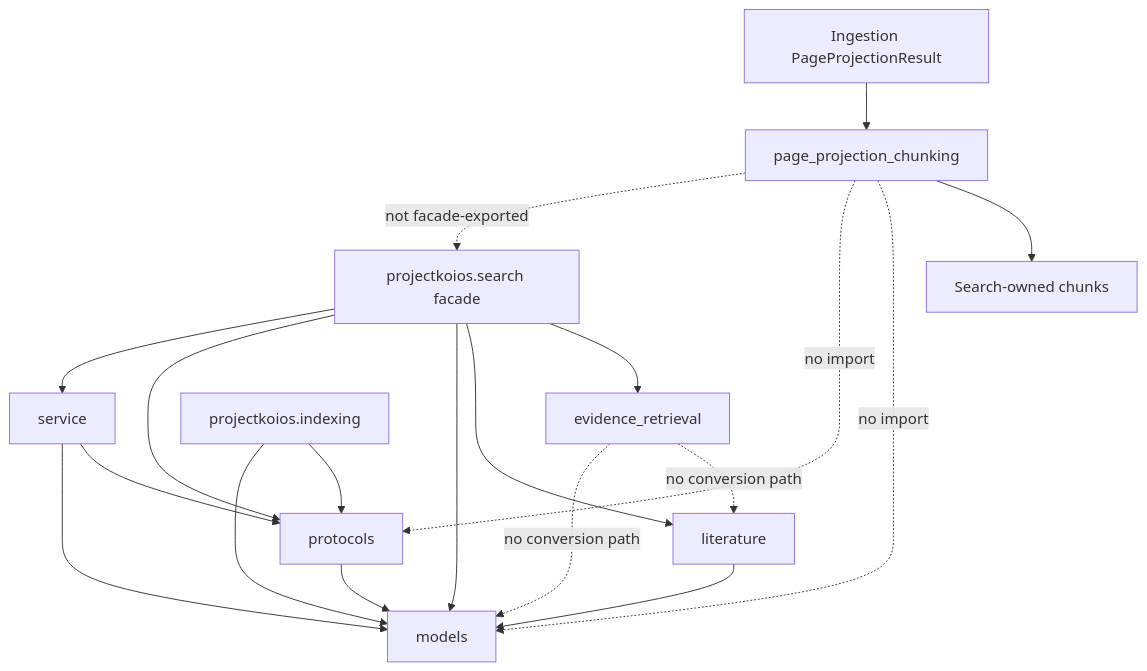
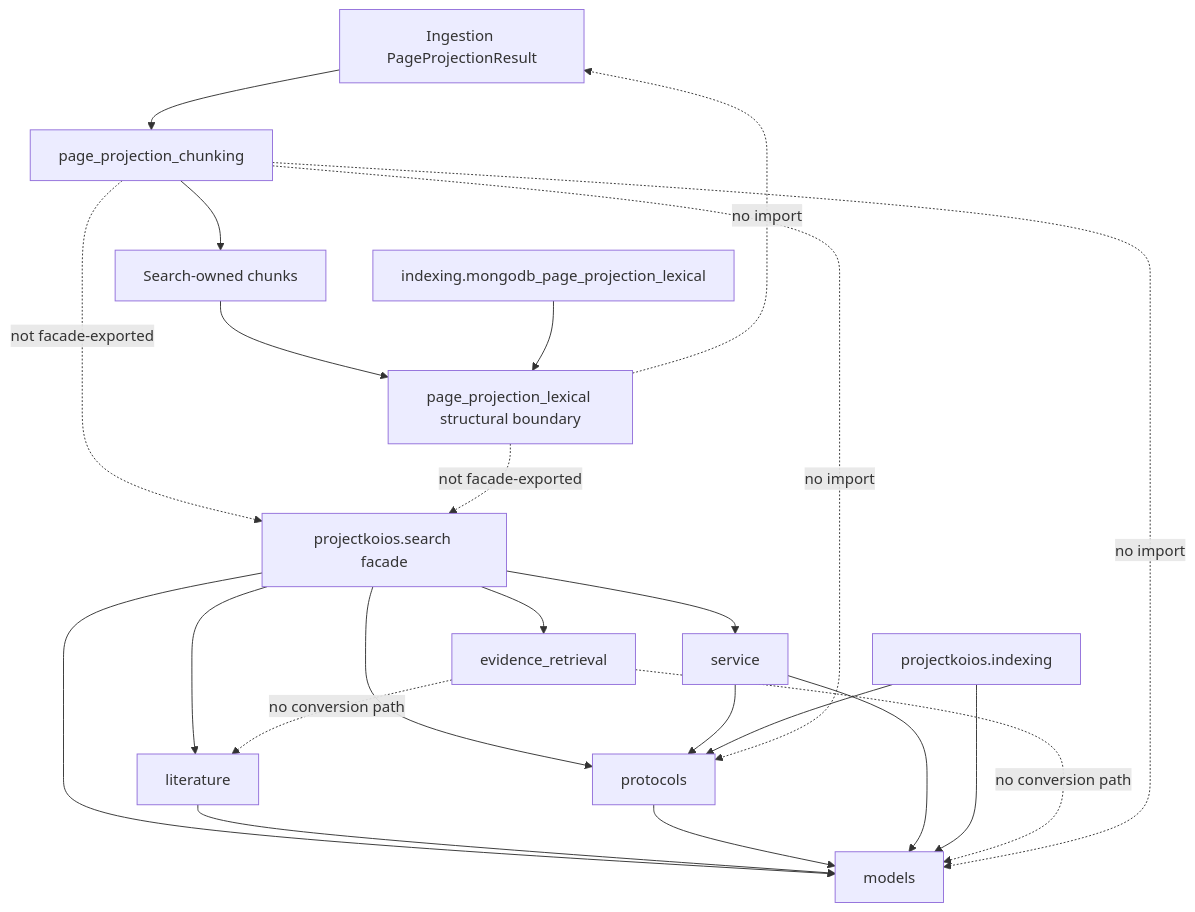
The diagram in docs/architecture/projectkoios/search/schematic.md (eragasa/projectkoios-search), drawn with Mermaid before and after one commit. The commit also changed 42 other files, not shown here.

Commit message:
Implement Mongo page-projection lexical index

````diff
--- a/docs/architecture/projectkoios/search/schematic.md
+++ b/docs/architecture/projectkoios/search/schematic.md
@@ -3,21 +3,25 @@
 ```mermaid
 flowchart TB
     Ingestion["Ingestion PageProjectionResult"] --> Chunking["page_projection_chunking"]
     Chunking --> SearchChunks["Search-owned chunks"]
+    SearchChunks --> Lexical["page_projection_lexical structural boundary"]
     Facade["projectkoios.search facade"] --> Evidence["evidence_retrieval"]
     Facade --> Literature["literature"]
     Facade --> Models["models"]
     Facade --> Protocols["protocols"]
     Facade --> Service["service"]
     Literature --> Models
     Protocols --> Models
     Service --> Protocols
     Service --> Models
     Indexing["projectkoios.indexing"] --> Protocols
     Indexing --> Models
     Evidence -. "no conversion path" .-> Literature
     Evidence -. "no conversion path" .-> Models
     Chunking -. "no import" .-> Models
     Chunking -. "no import" .-> Protocols
     Chunking -. "not facade-exported" .-> Facade
+    Lexical -. "no import" .-> Ingestion
+    Lexical -. "not facade-exported" .-> Facade
+    MongoLexical["indexing.mongodb_page_projection_lexical"] --> Lexical
 ```
````
